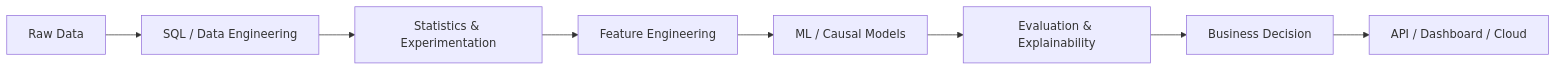
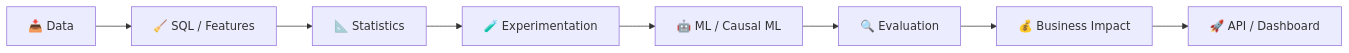
One commit to Harshithpatali/Harshithpatali changed the second of 3 diagrams in README.md. Above: the diagram before and after it, drawn with Mermaid. The commit also changed other lines of this file, not shown here.

````diff
--- a/README.md
+++ b/README.md
@@ -37,10 +43,10 @@
 ```mermaid
 graph LR
-    A["Raw Data"] --> B["SQL / Data Engineering"]
-    B --> C["Statistics & Experimentation"]
-    C --> D["Feature Engineering"]
-    D --> E["ML / Causal Models"]
-    E --> F["Evaluation & Explainability"]
-    F --> G["Business Decision"]
-    G --> H["API / Dashboard / Cloud"]
+    A["📥 Data"] --> B["🧹 SQL / Features"]
+    B --> C["📐 Statistics"]
+    C --> D["🧪 Experimentation"]
+    D --> E["🤖 ML / Causal ML"]
+    E --> F["🔍 Evaluation"]
+    F --> G["💰 Business Impact"]
+    G --> H["🚀 API / Dashboard"]
 ```
````
